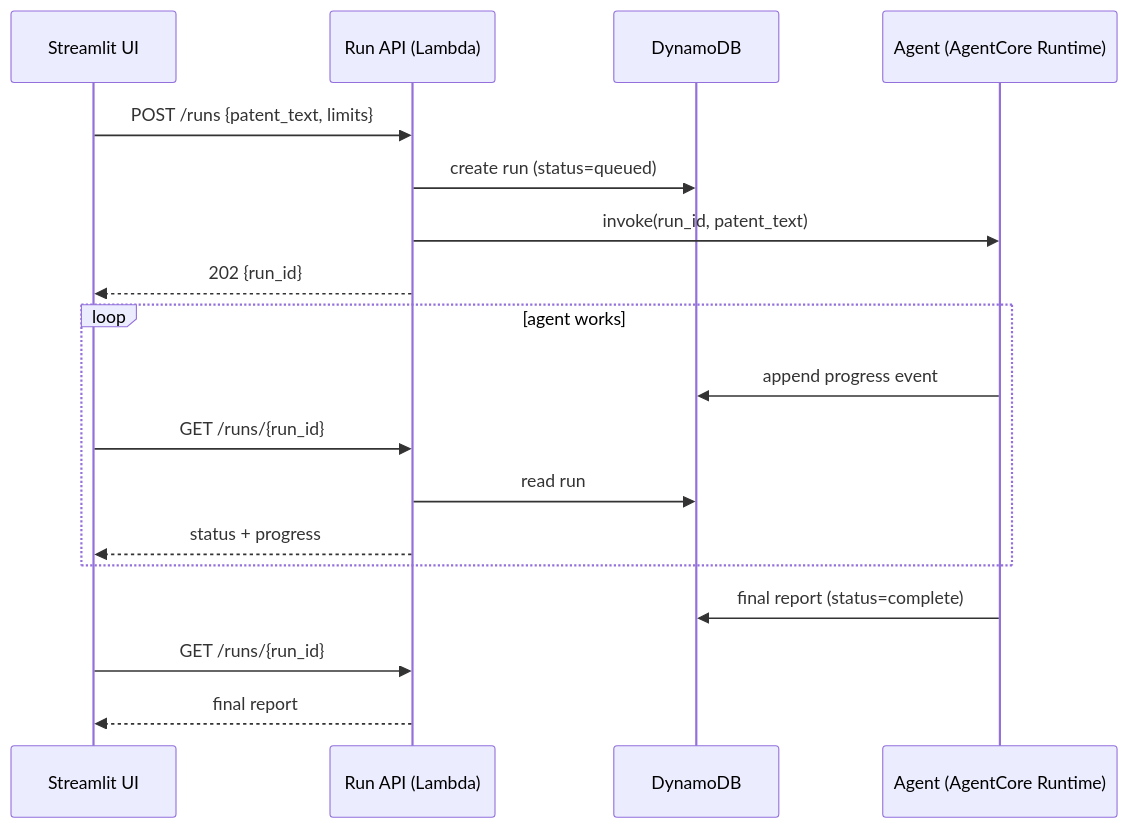
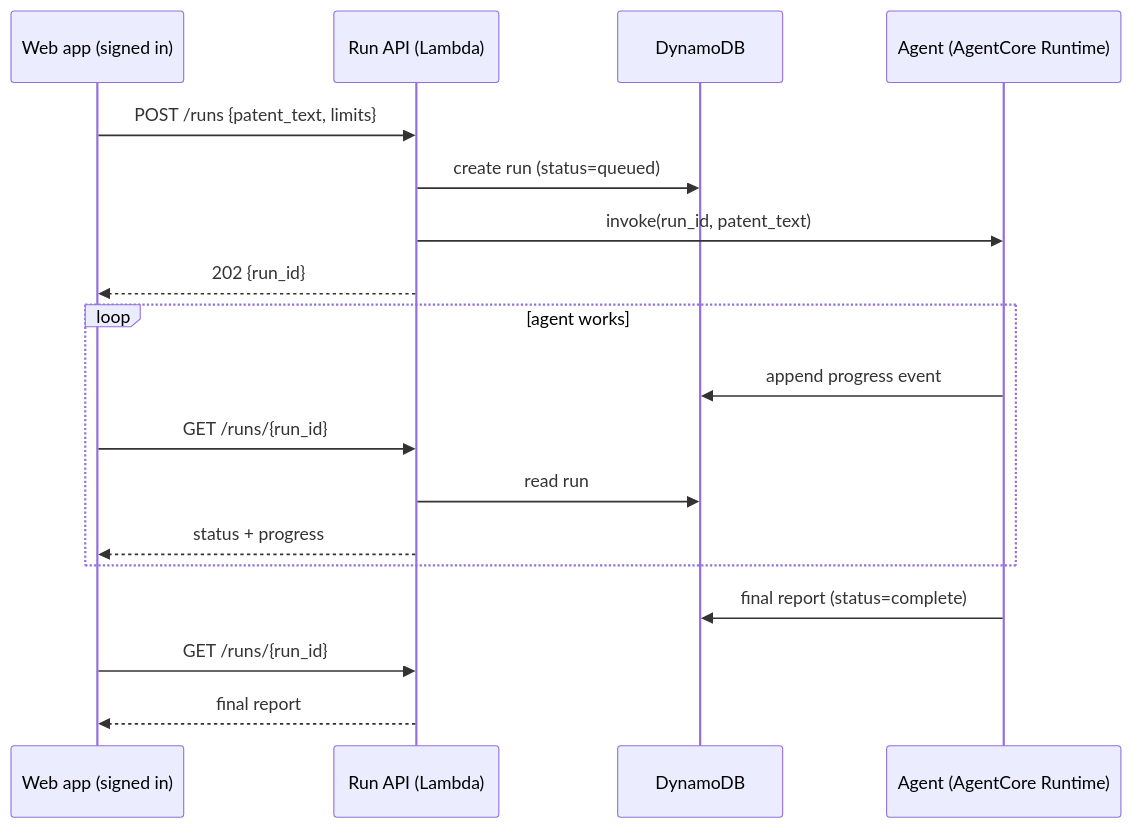
The second of 2 diagrams in README.md (VerneCorpTechnologies/patent-prior-art-agent), drawn with Mermaid before and after one commit. The commit also changed other lines of this file, not shown here.

````diff
--- a/README.md
+++ b/README.md
@@ -91,21 +94,21 @@
 ```mermaid
 sequenceDiagram
-    participant UI as Streamlit UI
+    participant UI as Web app (signed in)
     participant API as Run API (Lambda)
     participant DB as DynamoDB
     participant AG as Agent (AgentCore Runtime)
 
     UI->>API: POST /runs {patent_text, limits}
     API->>DB: create run (status=queued)
     API->>AG: invoke(run_id, patent_text)
     API-->>UI: 202 {run_id}
     loop agent works
         AG->>DB: append progress event
         UI->>API: GET /runs/{run_id}
         API->>DB: read run
         API-->>UI: status + progress
     end
     AG->>DB: final report (status=complete)
     UI->>API: GET /runs/{run_id}
     API-->>UI: final report
 ```
````
